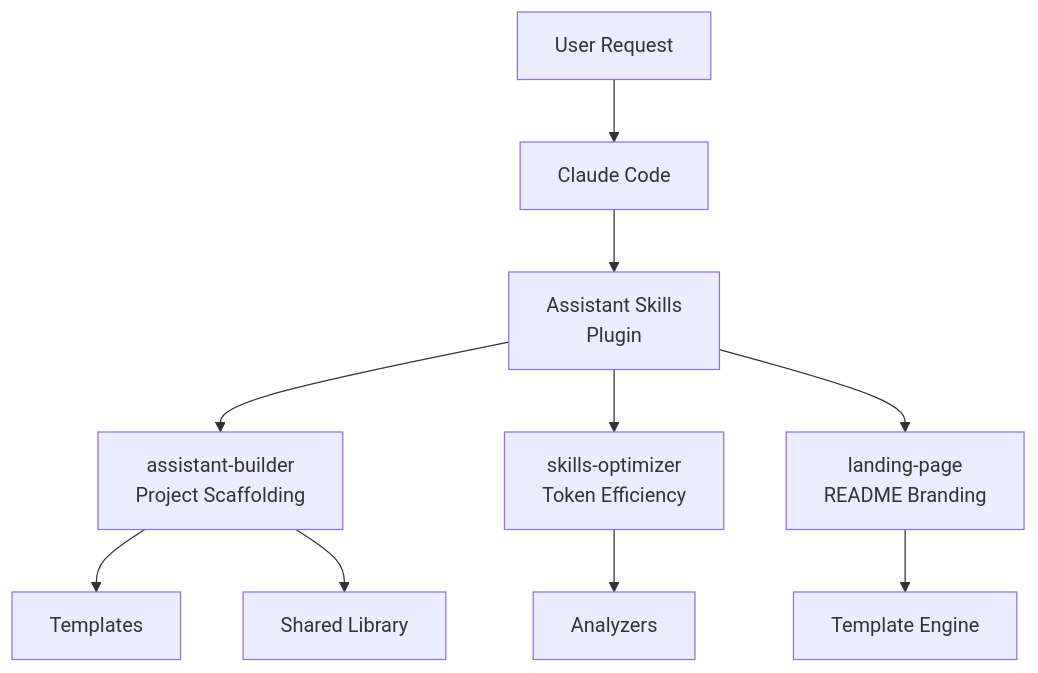
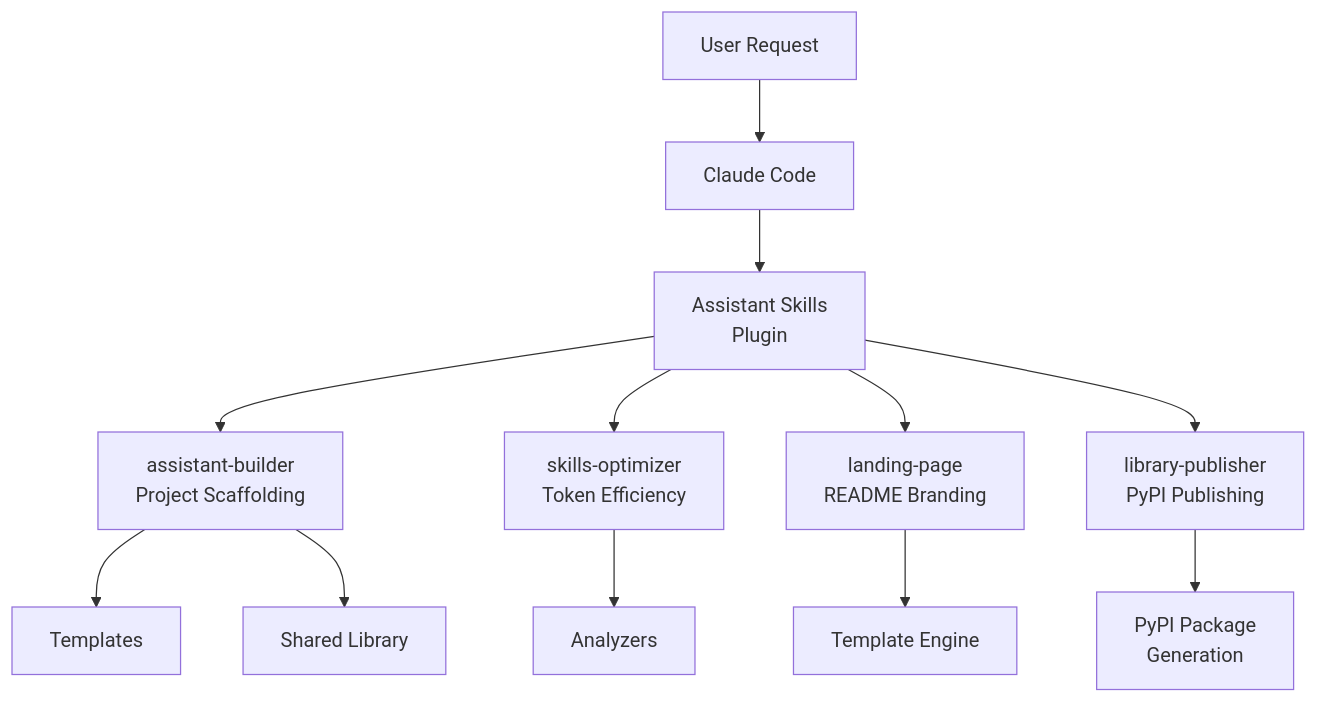
Before and after one commit to grandcamel/Assistant-Skills: the diagram in README.md, drawn with Mermaid. The commit also changed other lines of this file, not shown here.

First line of the commit message:
docs(readme): add library-publisher skill and E2E testing

````diff
--- a/README.md
+++ b/README.md
@@ -280,15 +306,17 @@
 ```mermaid
 flowchart TD
     U["User Request"] --> CC["Claude Code"]
     CC --> AS["Assistant Skills<br/>Plugin"]
 
     AS --> AB["assistant-builder<br/>Project Scaffolding"]
     AS --> SO["skills-optimizer<br/>Token Efficiency"]
     AS --> LP["landing-page<br/>README Branding"]
+    AS --> LIB["library-publisher<br/>PyPI Publishing"]
 
     AB --> T["Templates"]
     AB --> SH["Shared Library"]
 
     SO --> AN["Analyzers"]
     LP --> TM["Template Engine"]
+    LIB --> PY["PyPI Package<br/>Generation"]
 ```
````
